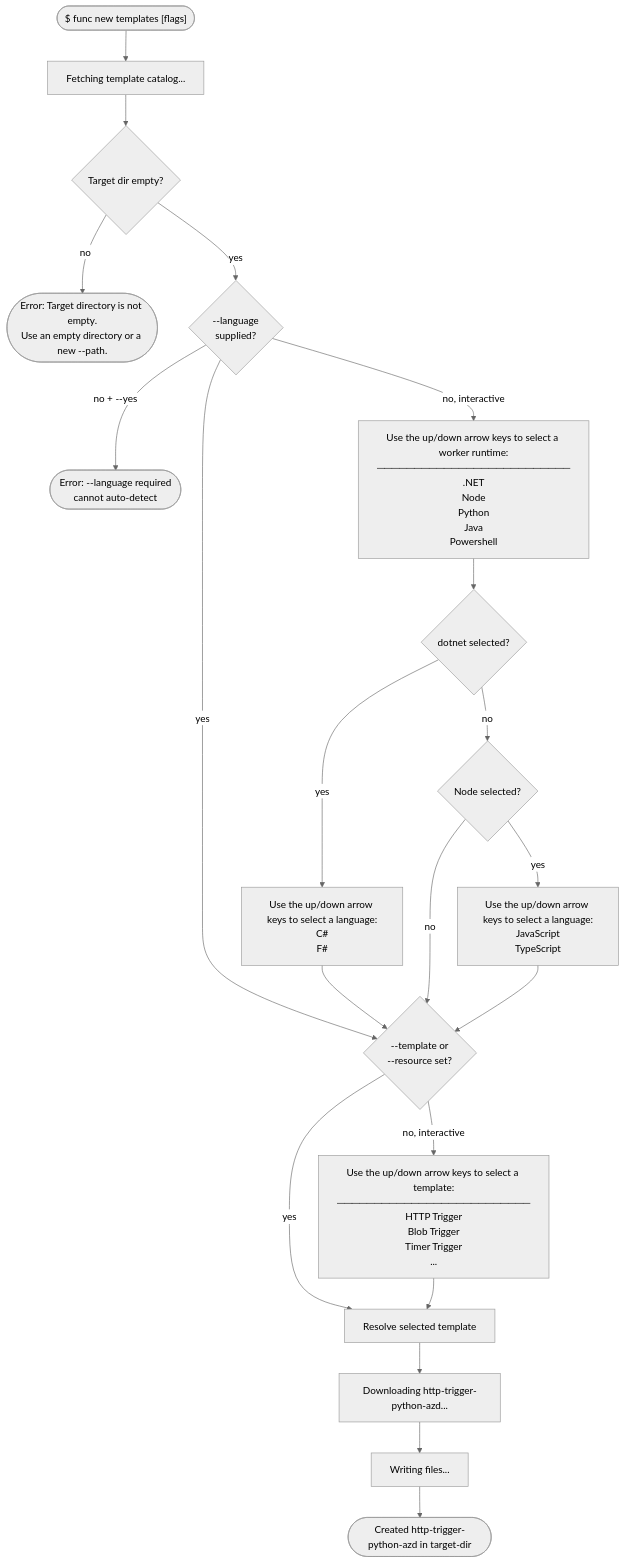
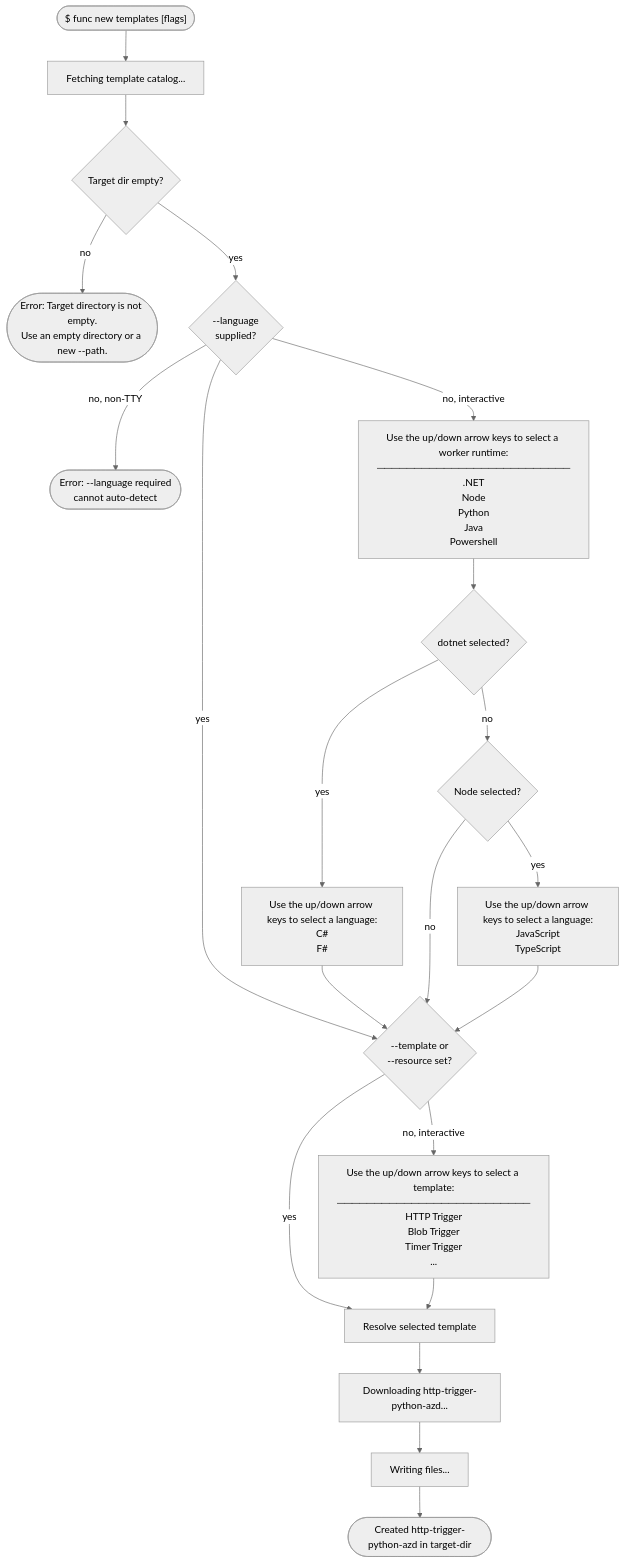
One commit to Azure/azure-functions-core-tools changed the first of 4 diagrams in proposed/templates-e2e.md. Above: the diagram before and after it, drawn with Mermaid (neutral theme). The commit also changed other lines of this file, not shown here.

First line of the commit message:
Remove --yes option from design doc

````diff
--- a/proposed/templates-e2e.md
+++ b/proposed/templates-e2e.md
@@ -419,37 +416,37 @@
 ```mermaid
 flowchart TD
     START(["$ func new templates [flags]"])
     START --> FETCH["Fetching template catalog..."]
 
     FETCH --> DIR_ERR{"Target dir empty?"}
     DIR_ERR -- no --> DERR(["Error: Target directory is not empty.<br/>Use an empty directory or a new --path."])
     DIR_ERR -- yes --> LANG
 
     LANG{"--language<br/>supplied?"}
     LANG -- yes --> TRIG
-    LANG -- "no + --yes" --> LERR(["Error: --language required<br/>cannot auto-detect"])
+    LANG -- "no, non-TTY" --> LERR(["Error: --language required<br/>cannot auto-detect"])
     LANG -- "no, interactive" --> LPROMPT["Use the up/down arrow keys to select a worker runtime:<br/>──────────────────────────<br/>.NET<br/>Node<br/>Python<br/>Java<br/>Powershell"]
 
     LPROMPT --> DOTNETCHECK{"dotnet selected?"}
     DOTNETCHECK -- yes --> DOTNETPROMPT["Use the up/down arrow keys to select a language:<br/>C#<br/>F#"]
     DOTNETCHECK -- no --> NODECHECK
     DOTNETPROMPT --> TRIG
 
     NODECHECK{"Node selected?"}
     NODECHECK -- yes --> NODEPROMPT["Use the up/down arrow keys to select a language:<br/>JavaScript<br/>TypeScript"]
     NODECHECK -- no --> TRIG
     NODEPROMPT --> TRIG
 
     TRIG{"--template or<br/>--resource set?"}
     TRIG -- yes --> NAME
     TRIG -- "no, interactive" --> TPROMPT["Use the up/down arrow keys to select a template:<br/>──────────────────────────<br/>HTTP Trigger<br/>Blob Trigger<br/>Timer Trigger<br/>..."]
 
     TPROMPT --> NAME
 
     NAME["Resolve selected template"] --> DOWNLOAD
 
     DOWNLOAD["Downloading http-trigger-python-azd..."]
     DOWNLOAD --> WRITE["Writing files..."]
 
     WRITE --> SUCCESS(["Created http-trigger-python-azd in target-dir"])
 ```
````
